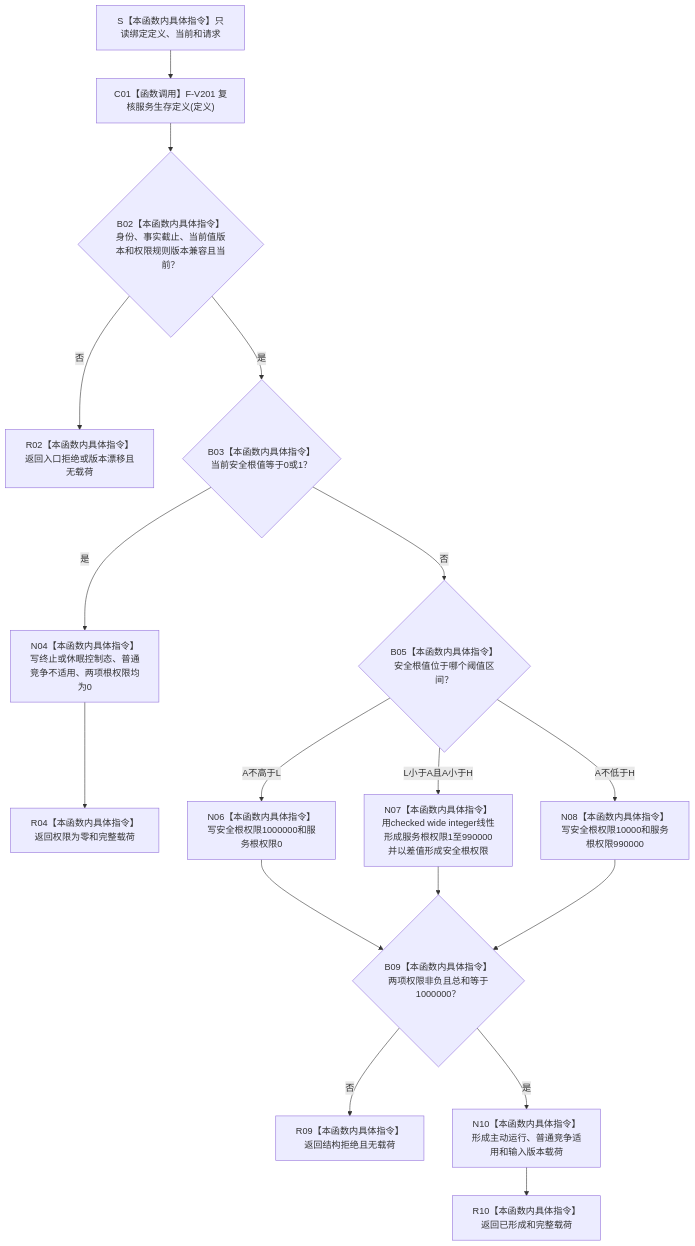
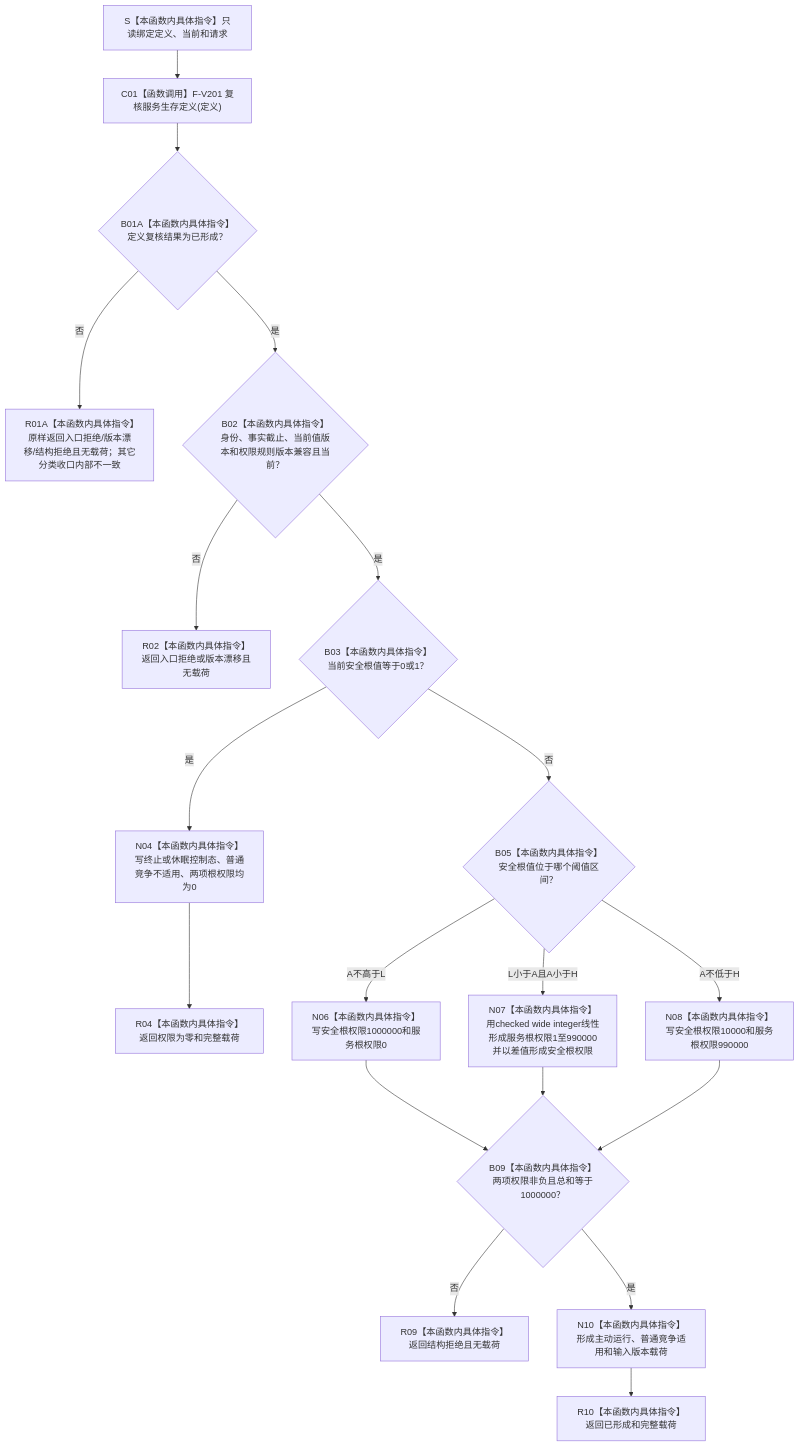
Before and after one commit to chunhaizh-cyber/HY-Ego: the diagram in 流程图/20260729_SERVICE-P1_F-V204_计算安全服务根权限单函数施工流程图_v0.1.md, drawn with Mermaid. The commit also changed 33 other files, not shown here.

````diff
--- a/流程图/20260729_SERVICE-P1_F-V204_计算安全服务根权限单函数施工流程图_v0.1.md
+++ b/流程图/20260729_SERVICE-P1_F-V204_计算安全服务根权限单函数施工流程图_v0.1.md
@@ -21,28 +21,32 @@
 ```mermaid
 flowchart TD
     S["S【本函数内具体指令】只读绑定定义、当前和请求"]
     C01["C01【函数调用】F-V201 复核服务生存定义(定义)"]
+    B01A{"B01A【本函数内具体指令】定义复核结果为已形成？"}
+    R01A["R01A【本函数内具体指令】原样返回入口拒绝/版本漂移/结构拒绝且无载荷；其它分类收口内部不一致"]
     B02{"B02【本函数内具体指令】身份、事实截止、当前值版本和权限规则版本兼容且当前？"}
     R02["R02【本函数内具体指令】返回入口拒绝或版本漂移且无载荷"]
     B03{"B03【本函数内具体指令】当前安全根值等于0或1？"}
     N04["N04【本函数内具体指令】写终止或休眠控制态、普通竞争不适用、两项根权限均为0"]
     R04["R04【本函数内具体指令】返回权限为零和完整载荷"]
     B05{"B05【本函数内具体指令】安全根值位于哪个阈值区间？"}
     N06["N06【本函数内具体指令】写安全根权限1000000和服务根权限0"]
     N07["N07【本函数内具体指令】用checked wide integer线性形成服务根权限1至990000并以差值形成安全根权限"]
     N08["N08【本函数内具体指令】写安全根权限10000和服务根权限990000"]
     B09{"B09【本函数内具体指令】两项权限非负且总和等于1000000？"}
     R09["R09【本函数内具体指令】返回结构拒绝且无载荷"]
     N10["N10【本函数内具体指令】形成主动运行、普通竞争适用和输入版本载荷"]
     R10["R10【本函数内具体指令】返回已形成和完整载荷"]
-    S --> C01 --> B02
+    S --> C01 --> B01A
+    B01A -- "否" --> R01A
+    B01A -- "是" --> B02
     B02 -- "否" --> R02
     B02 -- "是" --> B03
     B03 -- "是" --> N04 --> R04
     B03 -- "否" --> B05
     B05 -- "A不高于L" --> N06 --> B09
     B05 -- "L小于A且A小于H" --> N07 --> B09
     B05 -- "A不低于H" --> N08 --> B09
     B09 -- "否" --> R09
     B09 -- "是" --> N10 --> R10
 ```
````
